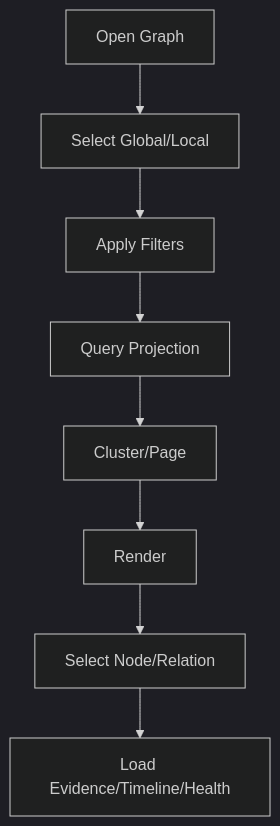
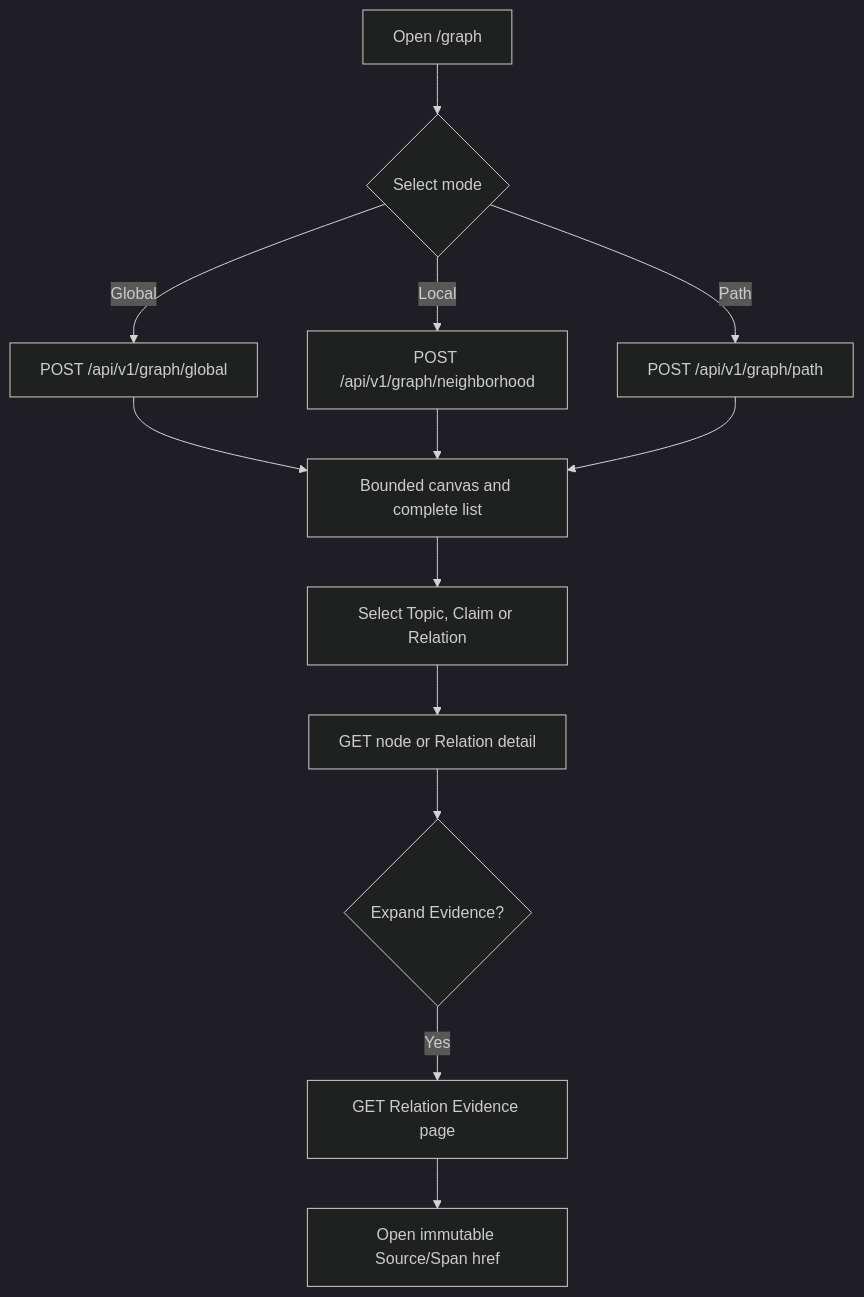
One commit to CodeZen-Lizhi/zhixu changed the first of 2 diagrams in docs/architecture/workflows/06-graph-and-semantic-links.md. Above: the diagram before and after it, drawn with Mermaid (dark theme). The commit also changed other lines of this file and 13 other files, not shown here.

Commit message:
docs: 同步 Graph 查询交付契约

````diff
--- a/docs/architecture/workflows/06-graph-and-semantic-links.md
+++ b/docs/architecture/workflows/06-graph-and-semantic-links.md
@@ -9,10 +11,15 @@
 ```mermaid
 flowchart TD
-    A["Open Graph"] --> B["Select Global/Local"]
-    B --> C["Apply Filters"]
-    C --> D["Query Projection"]
-    D --> E["Cluster/Page"]
-    E --> F["Render"]
-    F --> G["Select Node/Relation"]
-    G --> H["Load Evidence/Timeline/Health"]
+    A["Open /graph"] --> B{"Select mode"}
+    B -->|"Global"| C["POST /api/v1/graph/global"]
+    B -->|"Local"| D["POST /api/v1/graph/neighborhood"]
+    B -->|"Path"| E["POST /api/v1/graph/path"]
+    C --> F["Bounded canvas and complete list"]
+    D --> F
+    E --> F
+    F --> G["Select Topic, Claim or Relation"]
+    G --> H["GET node or Relation detail"]
+    H --> I{"Expand Evidence?"}
+    I -->|"Yes"| J["GET Relation Evidence page"]
+    J --> K["Open immutable Source/Span href"]
 ```
````
